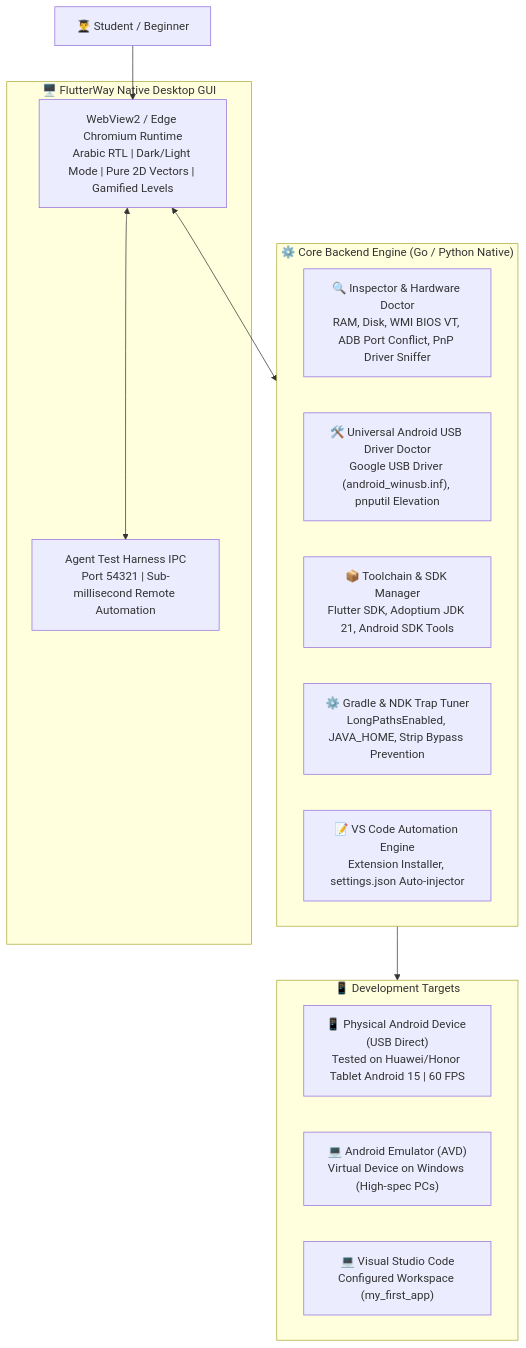
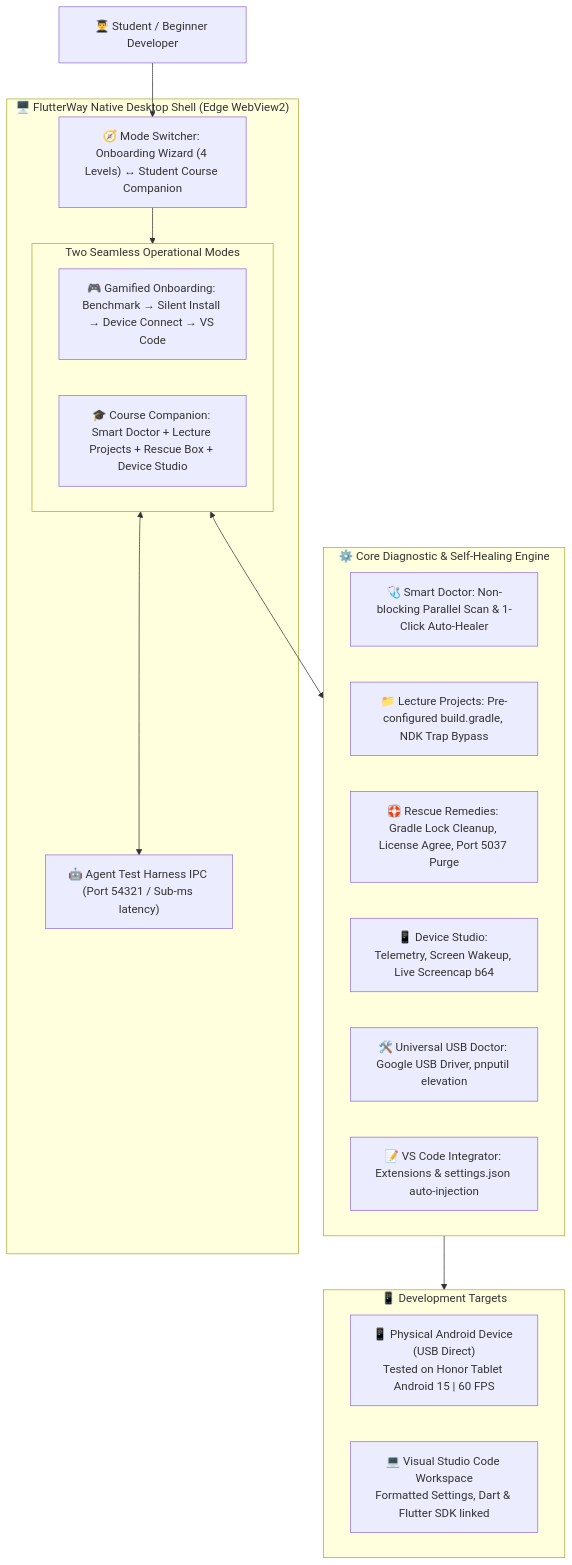
The diagram in README.md (AboALhasanx/flutterway), drawn with Mermaid before and after one commit. The commit also changed other lines of this file and 17 other files, not shown here.

Commit message:
feat: student course companion dashboard, smart doctor with 1-click auto-heal, lecture projects studio, emergency rescue box, and live tablet screencap

````diff
--- a/README.md
+++ b/README.md
@@ -46,28 +82,35 @@
 ```mermaid
 flowchart TD
-    User["👨‍🎓 Student / Beginner"]
+    User["👨‍🎓 Student / Beginner Developer"]
     
-    subgraph Presentation ["🖥️ FlutterWay Native Desktop GUI"]
-        Webview["WebView2 / Edge Chromium Runtime\nArabic RTL | Dark/Light Mode | Pure 2D Vectors | Gamified Levels"]
-        HarnessIPC["Agent Test Harness IPC\nPort 54321 | Sub-millisecond Remote Automation"]
+    subgraph Presentation ["🖥️ FlutterWay Native Desktop Shell (Edge WebView2)"]
+        TopNav["🧭 Mode Switcher: Onboarding Wizard (4 Levels) ↔ Student Course Companion"]
+        
+        subgraph Views ["Two Seamless Operational Modes"]
+            Wizard["🎮 Gamified Onboarding: Benchmark → Silent Install → Device Connect → VS Code"]
+            Companion["🎓 Course Companion: Smart Doctor + Lecture Projects + Rescue Box + Device Studio"]
+        end
+        
+        HarnessIPC["🤖 Agent Test Harness IPC (Port 54321 / Sub-ms latency)"]
     end
 
-    subgraph CoreEngine ["⚙️ Core Backend Engine (Go / Python Native)"]
-        Inspector["🔍 Inspector & Hardware Doctor\nRAM, Disk, WMI BIOS VT, ADB Port Conflict, PnP Driver Sniffer"]
-        DriverDoctor["🛠️ Universal Android USB Driver Doctor\nGoogle USB Driver (android_winusb.inf), pnputil Elevation"]
-        ToolchainMgr["📦 Toolchain & SDK Manager\nFlutter SDK, Adoptium JDK 21, Android SDK Tools"]
-        GradleTuner["⚙️ Gradle & NDK Trap Tuner\nLongPathsEnabled, JAVA_HOME, Strip Bypass Prevention"]
-        VSCodeIntegrator["📝 VS Code Automation Engine\nExtension Installer, settings.json Auto-injector"]
+    subgraph Backend ["⚙️ Core Diagnostic & Self-Healing Engine"]
+        SmartDoctor["🩺 Smart Doctor: Non-blocking Parallel Scan & 1-Click Auto-Healer"]
+        ProjectStudio["📁 Lecture Projects: Pre-configured build.gradle, NDK Trap Bypass"]
+        RescueBox["🛟 Rescue Remedies: Gradle Lock Cleanup, License Agree, Port 5037 Purge"]
+        DeviceStudio["📱 Device Studio: Telemetry, Screen Wakeup, Live Screencap b64"]
+        DriverDoctor["🛠️ Universal USB Doctor: Google USB Driver, pnputil elevation"]
+        VSCodeIntegrator["📝 VS Code Integrator: Extensions & settings.json auto-injection"]
     end
 
     subgraph Targets ["📱 Development Targets"]
-        Phone["📱 Physical Android Device (USB Direct)\nTested on Huawei/Honor Tablet Android 15 | 60 FPS"]
-        Emulator["💻 Android Emulator (AVD)\nVirtual Device on Windows (High-spec PCs)"]
-        VSCodeIDE["💻 Visual Studio Code\nConfigured Workspace (my_first_app)"]
+        Phone["📱 Physical Android Device (USB Direct)\nTested on Honor Tablet Android 15 | 60 FPS"]
+        VSCodeIDE["💻 Visual Studio Code Workspace\nFormatted Settings, Dart & Flutter SDK linked"]
     end
 
-    User --> Webview
-    Webview <--> HarnessIPC
-    Webview <--> CoreEngine
-    CoreEngine --> Targets
+    User --> TopNav
+    TopNav --> Views
+    Views <--> HarnessIPC
+    Views <--> Backend
+    Backend --> Targets
 ```
````
